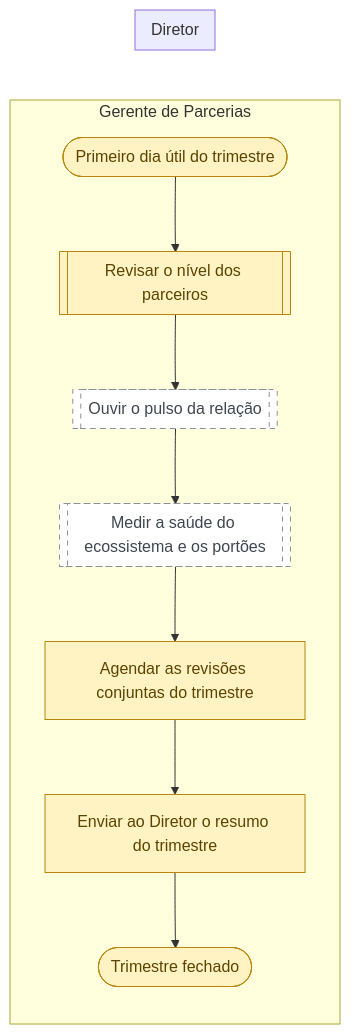
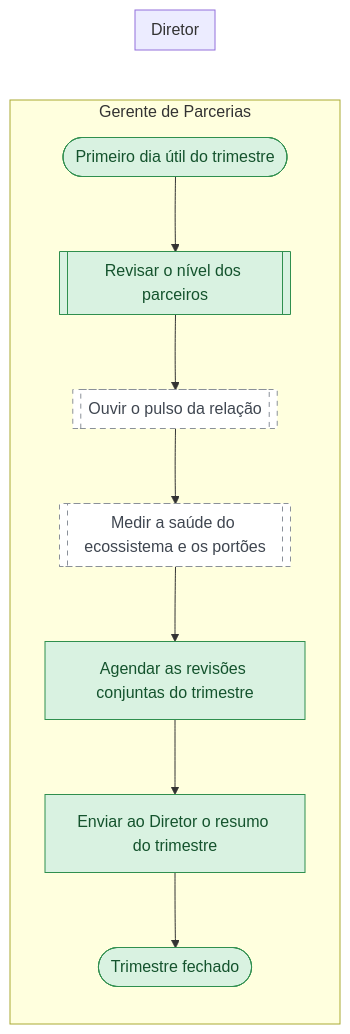
One commit to Guilherme-MFaccin/Wise-Partners changed the diagram in mapeamentos/wise-partners-to-be/saidas/mermaid/fluxo-2-4-conduzir-o-fechamento-trimestral.mmd. Above: the diagram before and after it, drawn with Mermaid. The commit also changed 63 other files, not shown here.

```diff
--- a/mapeamentos/wise-partners-to-be/saidas/mermaid/fluxo-2-4-conduzir-o-fechamento-trimestral.mmd
+++ b/mapeamentos/wise-partners-to-be/saidas/mermaid/fluxo-2-4-conduzir-o-fechamento-trimestral.mmd
@@ -1,22 +1,22 @@
 flowchart LR
     classDef confirmado fill:#D9F2E1,stroke:#2F8F4E,color:#14532D
     classDef declarado fill:#FFF3C4,stroke:#B8860B,color:#5C4300
     classDef hipotese fill:#FFFFFF,stroke:#8A9099,color:#3F4650,stroke-dasharray: 5 5
     classDef contestado fill:#FDE2E1,stroke:#C53030,color:#7F1D1D
     subgraph raia_PA_01 ["Gerente de Parcerias"]
-      n_i1(["Primeiro dia útil do trimestre"]):::declarado
-      n_s1[["Revisar o nível dos parceiros"]]:::declarado
+      n_i1(["Primeiro dia útil do trimestre"]):::confirmado
+      n_s1[["Revisar o nível dos parceiros"]]:::confirmado
       n_s2[["Ouvir o pulso da relação"]]:::hipotese
       n_s3[["Medir a saúde do ecossistema e os portões"]]:::hipotese
-      n_t1["Agendar as revisões conjuntas do trimestre"]:::declarado
-      n_t2["Enviar ao Diretor o resumo do trimestre"]:::declarado
-      n_f1(["Trimestre fechado"]):::declarado
+      n_t1["Agendar as revisões conjuntas do trimestre"]:::confirmado
+      n_t2["Enviar ao Diretor o resumo do trimestre"]:::confirmado
+      n_f1(["Trimestre fechado"]):::confirmado
     end
     subgraph raia_PA_02 ["Diretor"]
     end
     n_i1 --> n_s1
     n_s1 --> n_s2
     n_s2 --> n_s3
     n_s3 --> n_t1
     n_t1 --> n_t2
     n_t2 --> n_f1
```
